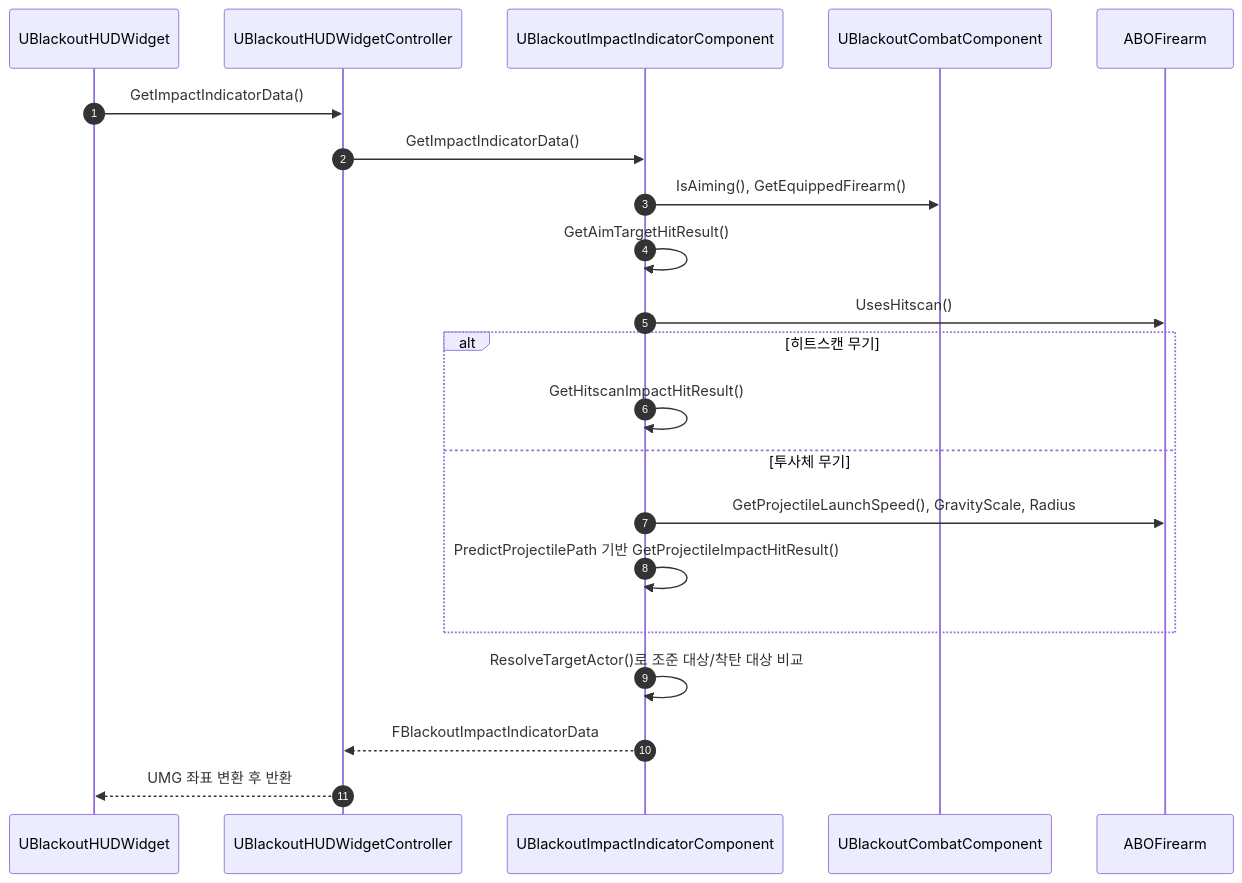
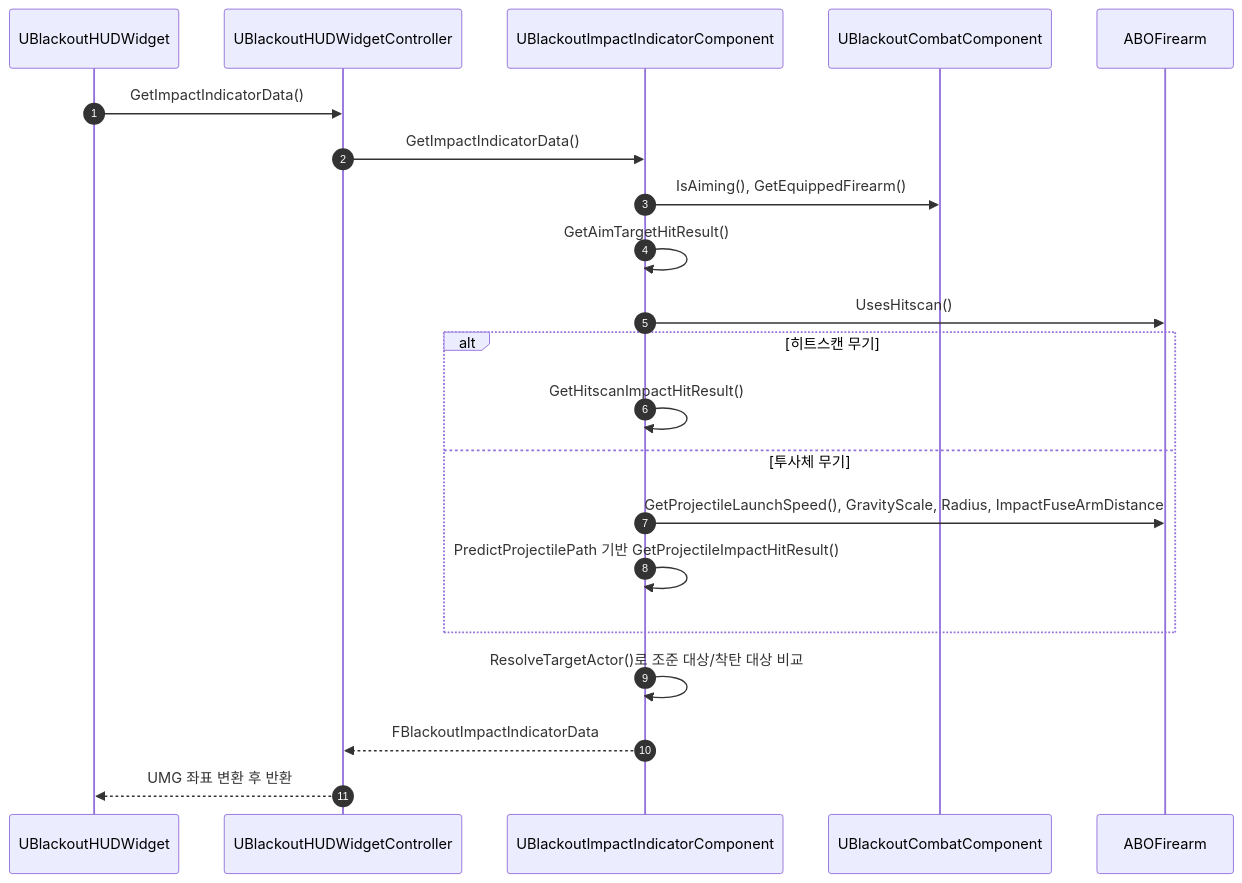
Before and after one commit to seongwon1579/ProjectBlackout: the second of 2 diagrams in Docs/Combat/09_Impact_Indicator_Component.md, drawn with Mermaid. The commit also changed other lines of this file and 12 other files, not shown here.

````diff
--- a/Docs/Combat/09_Impact_Indicator_Component.md
+++ b/Docs/Combat/09_Impact_Indicator_Component.md
@@ -89,24 +92,24 @@
 ```mermaid
 sequenceDiagram
     autonumber
     participant HUD as UBlackoutHUDWidget
     participant WC as UBlackoutHUDWidgetController
     participant IC as UBlackoutImpactIndicatorComponent
     participant Combat as UBlackoutCombatComponent
     participant Weapon as ABOFirearm
 
     HUD->>WC: GetImpactIndicatorData()
     WC->>IC: GetImpactIndicatorData()
     IC->>Combat: IsAiming(), GetEquippedFirearm()
     IC->>IC: GetAimTargetHitResult()
     IC->>Weapon: UsesHitscan()
     alt 히트스캔 무기
         IC->>IC: GetHitscanImpactHitResult()
     else 투사체 무기
-        IC->>Weapon: GetProjectileLaunchSpeed(), GravityScale, Radius
+        IC->>Weapon: GetProjectileLaunchSpeed(), GravityScale, Radius, ImpactFuseArmDistance
         IC->>IC: PredictProjectilePath 기반 GetProjectileImpactHitResult()
     end
     IC->>IC: ResolveTargetActor()로 조준 대상/착탄 대상 비교
     IC-->>WC: FBlackoutImpactIndicatorData
     WC-->>HUD: UMG 좌표 변환 후 반환
 ```
````
